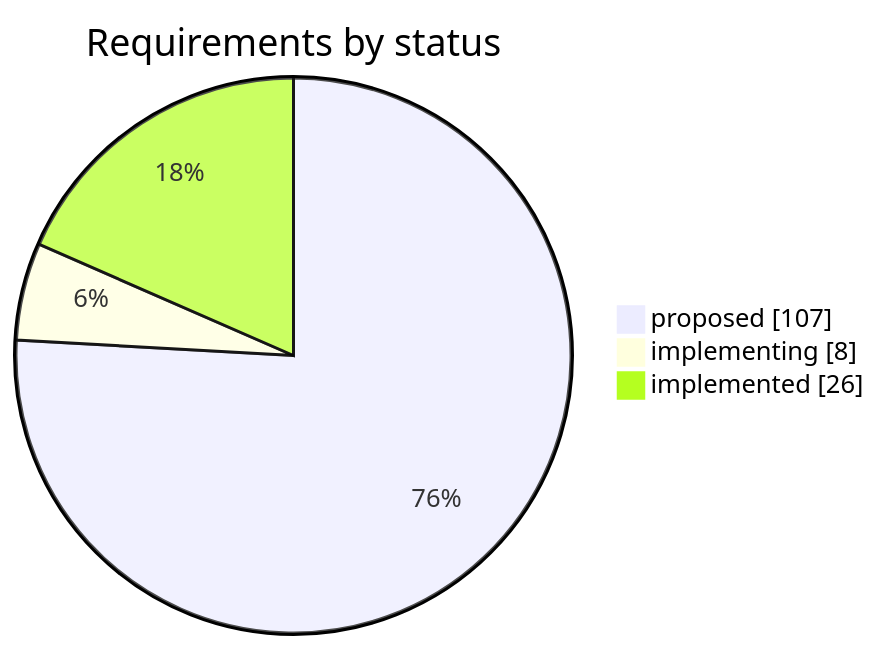
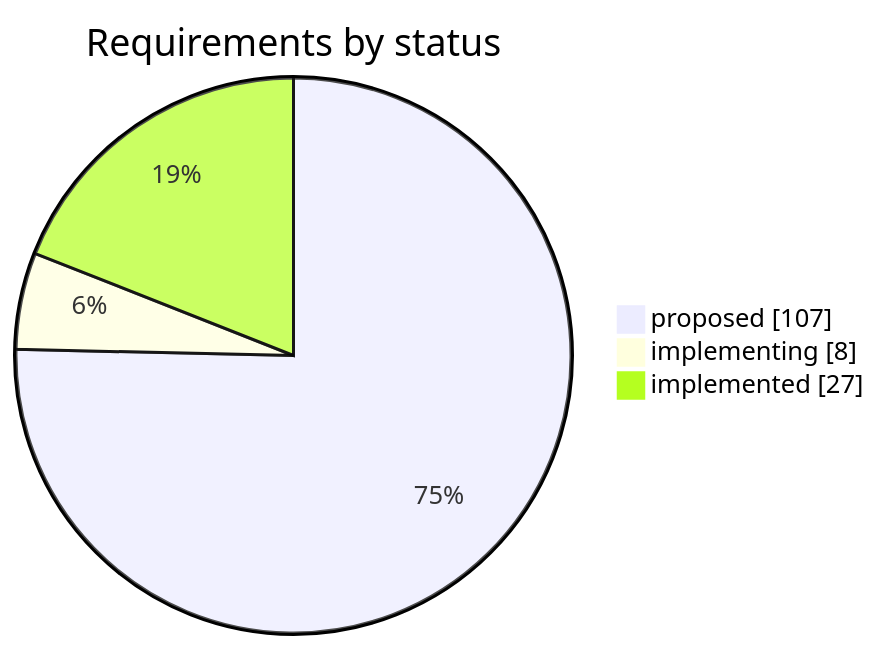
Before and after one commit to iammaxsu/automatic-testing-architecture: the first of 2 diagrams in STATUS.md, drawn with Mermaid. The commit also changed other lines of this file and 12 other files, not shown here.

````diff
--- a/STATUS.md
+++ b/STATUS.md
@@ -25,6 +25,6 @@
 ```mermaid
 pie showData title Requirements by status
     "proposed" : 107
     "implementing" : 8
-    "implemented" : 26
+    "implemented" : 27
 ```
````
